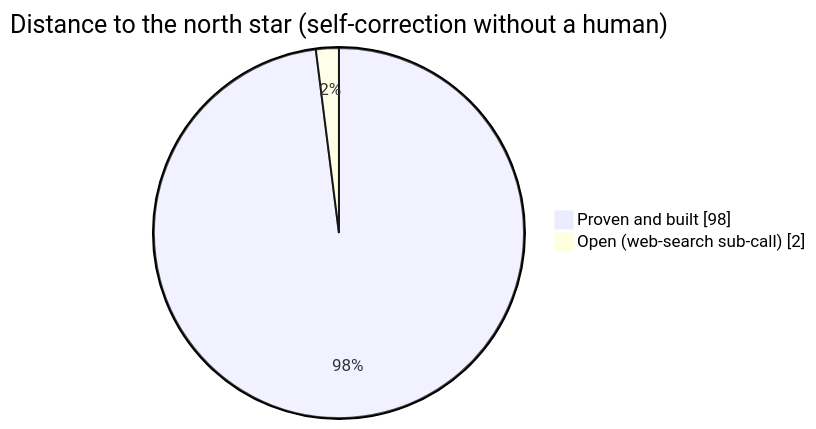
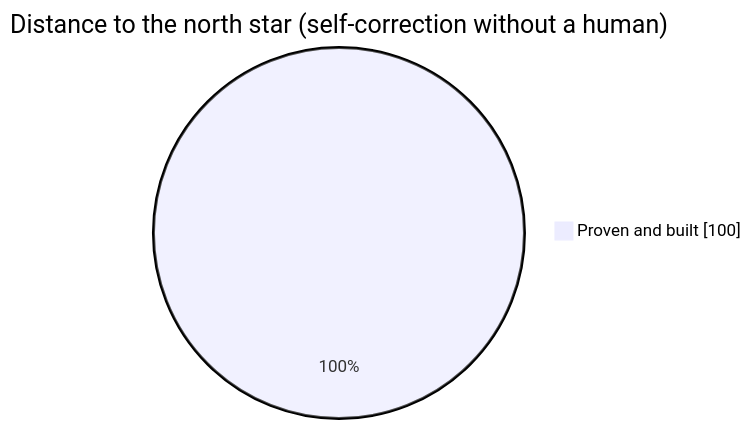
Before and after one commit to wgabrys88/endgame-ai: diagram 15 of 17 in README.md, drawn with Mermaid. The commit also changed other lines of this file, not shown here.

First line of the commit message:
docs(readme): web_search proven and shipped - item 4 fully complete, nothing named open

````diff
--- a/README.md
+++ b/README.md
@@ -519,6 +519,5 @@
 ```mermaid
 pie showData
     title Distance to the north star (self-correction without a human)
-    "Proven and built" : 98
-    "Open (web-search sub-call)" : 2
+    "Proven and built" : 100
 ```
````
